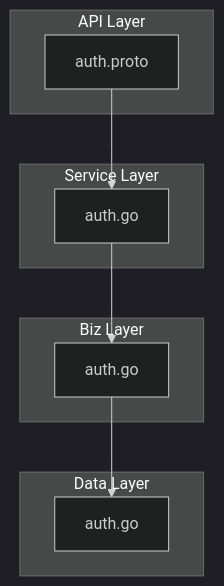
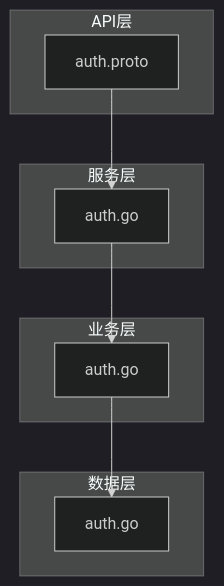
Before and after one commit to 26huitailang/kratos-boilerplate: the first of 7 diagrams in .qoder/repowiki/zh/content/Backend Services/Authentication Service.md, drawn with Mermaid (dark theme). The commit also changed other lines of this file and 31 other files, not shown here.

````diff
--- a/.qoder/repowiki/zh/content/Backend Services/Authentication Service.md
+++ b/.qoder/repowiki/zh/content/Backend Services/Authentication Service.md
@@ -34,16 +42,16 @@
 ```mermaid
 graph TB
-subgraph "API Layer"
+subgraph "API层"
 A[auth.proto]
 end
-subgraph "Service Layer"
+subgraph "服务层"
 B[auth.go]
 end
-subgraph "Biz Layer"
+subgraph "业务层"
 C[auth.go]
 end
-subgraph "Data Layer"
+subgraph "数据层"
 D[auth.go]
 end
 A --> B --> C --> D
 ```
````
